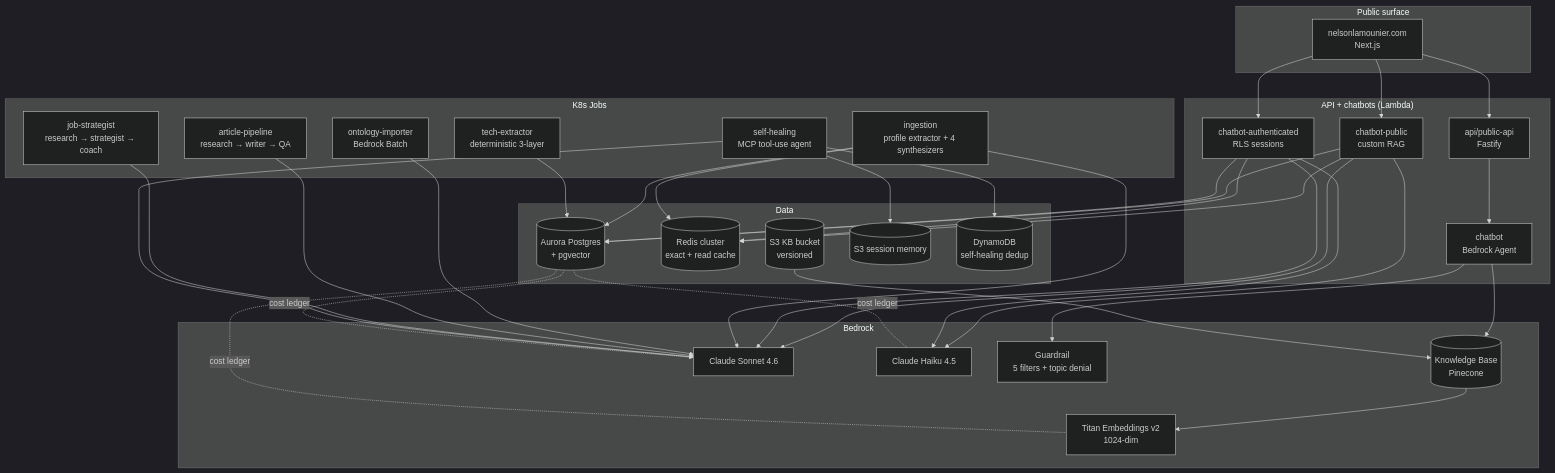
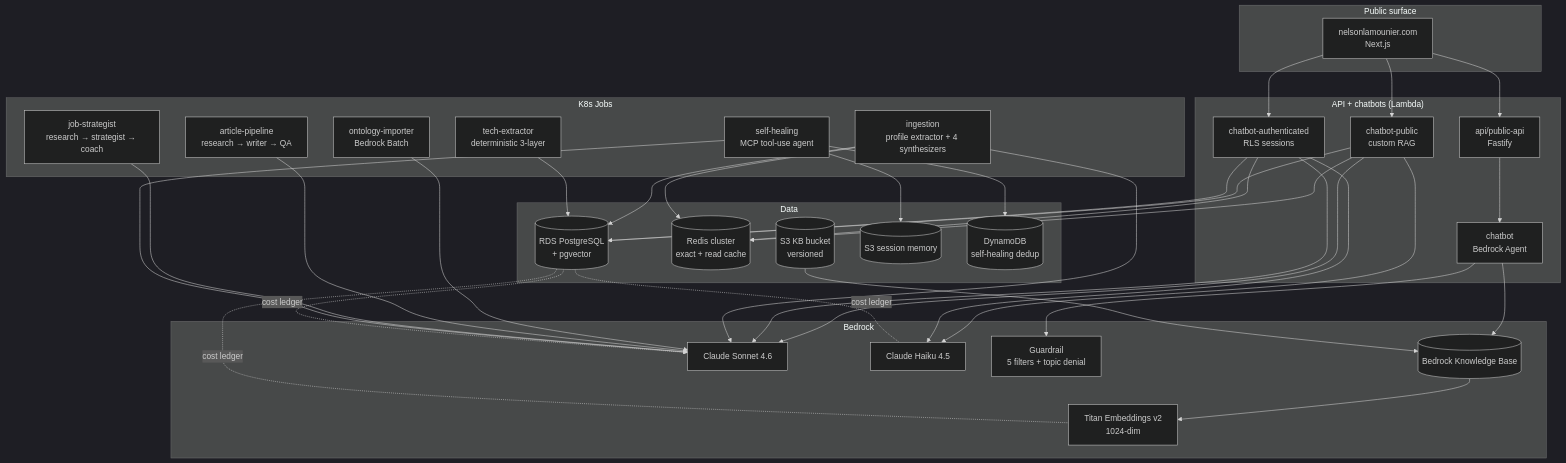
One commit to Nelson-Lamounier/ai-applications changed the diagram in README.md. Above: the diagram before and after it, drawn with Mermaid (dark theme). The commit also changed other lines of this file, not shown here.

Commit message:
docs(readme): correct stack to verified reality (RDS not Aurora, managed EKS, drop Pinecone)

````diff
--- a/README.md
+++ b/README.md
@@ -113,64 +114,64 @@
 ```mermaid
 flowchart TD
     subgraph "Public surface"
         Web["nelsonlamounier.com<br/>Next.js"]
     end
 
     subgraph "API + chatbots (Lambda)"
         API[api/public-api<br/>Fastify]
         ChatbotMgd[chatbot<br/>Bedrock Agent]
         ChatbotPub[chatbot-public<br/>custom RAG]
         ChatbotAuth[chatbot-authenticated<br/>RLS sessions]
     end
 
     subgraph "K8s Jobs"
         Ingest[ingestion<br/>profile extractor + 4 synthesizers]
         TechE[tech-extractor<br/>deterministic 3-layer]
         Ont[ontology-importer<br/>Bedrock Batch]
         Art[article-pipeline<br/>research → writer → QA]
         Strat[job-strategist<br/>research → strategist → coach]
         SelfHeal[self-healing<br/>MCP tool-use agent]
     end
 
     subgraph "Bedrock"
-        KB[(Knowledge Base<br/>Pinecone)]
+        KB[(Bedrock Knowledge Base)]
         Sonnet[Claude Sonnet 4.6]
         Haiku[Claude Haiku 4.5]
         Titan[Titan Embeddings v2<br/>1024-dim]
         Guardrail[Guardrail<br/>5 filters + topic denial]
     end
 
     subgraph "Data"
-        Aurora[(Aurora Postgres<br/>+ pgvector)]
+        RDS[(RDS PostgreSQL<br/>+ pgvector)]
         Redis[(Redis cluster<br/>exact + read cache)]
         S3KB[(S3 KB bucket<br/>versioned)]
         S3Mem[(S3 session memory)]
         DDBDedup[(DynamoDB<br/>self-healing dedup)]
     end
 
     Web --> API
     Web --> ChatbotPub
     Web --> ChatbotAuth
     API --> ChatbotMgd
     ChatbotMgd --> Guardrail
     ChatbotMgd --> KB
     KB --> Titan
-    ChatbotPub --> Aurora
+    ChatbotPub --> RDS
     ChatbotPub --> Sonnet
-    ChatbotAuth --> Aurora
+    ChatbotAuth --> RDS
     ChatbotAuth --> Sonnet
     ChatbotPub & ChatbotAuth --> Haiku
     Ingest --> Sonnet
-    Ingest --> Aurora
-    TechE --> Aurora
+    Ingest --> RDS
+    TechE --> RDS
     Ont --> Sonnet
     Art & Strat --> Sonnet
     SelfHeal --> Sonnet
     SelfHeal --> DDBDedup
     SelfHeal --> S3Mem
-    Aurora -.cost ledger.- Sonnet
-    Aurora -.cost ledger.- Haiku
-    Aurora -.cost ledger.- Titan
+    RDS -.cost ledger.- Sonnet
+    RDS -.cost ledger.- Haiku
+    RDS -.cost ledger.- Titan
     S3KB --> KB
     ChatbotPub & ChatbotAuth & Ingest --> Redis
 ```
````
